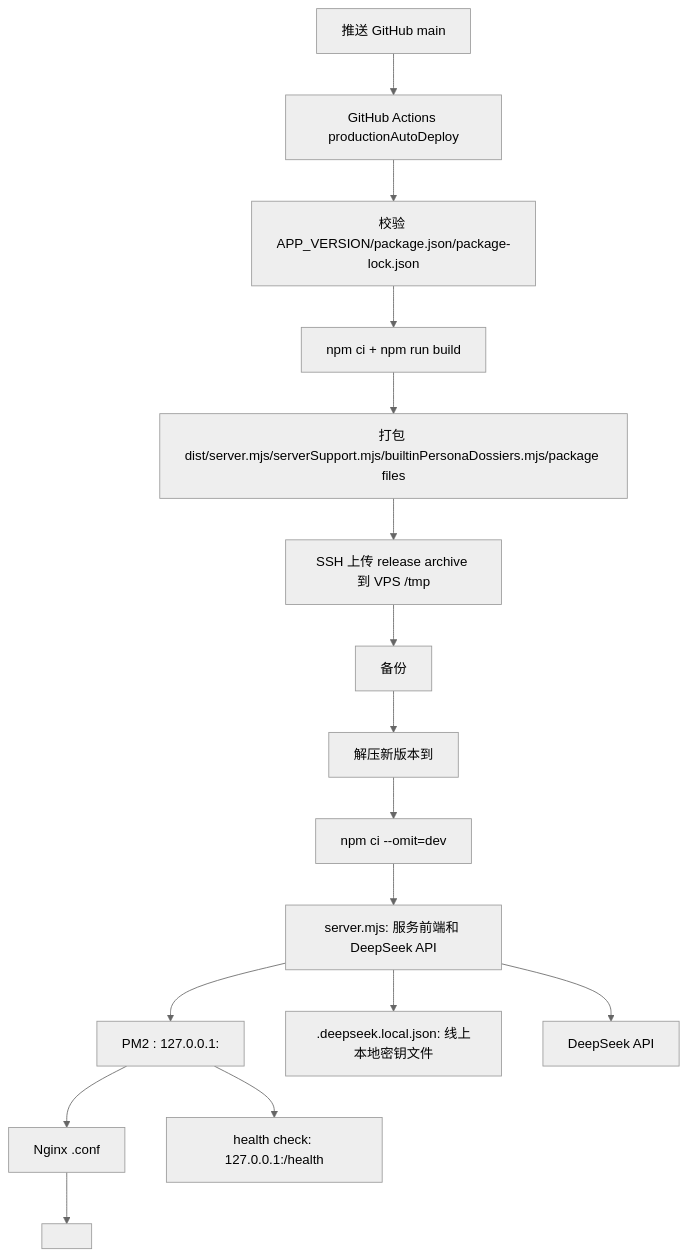
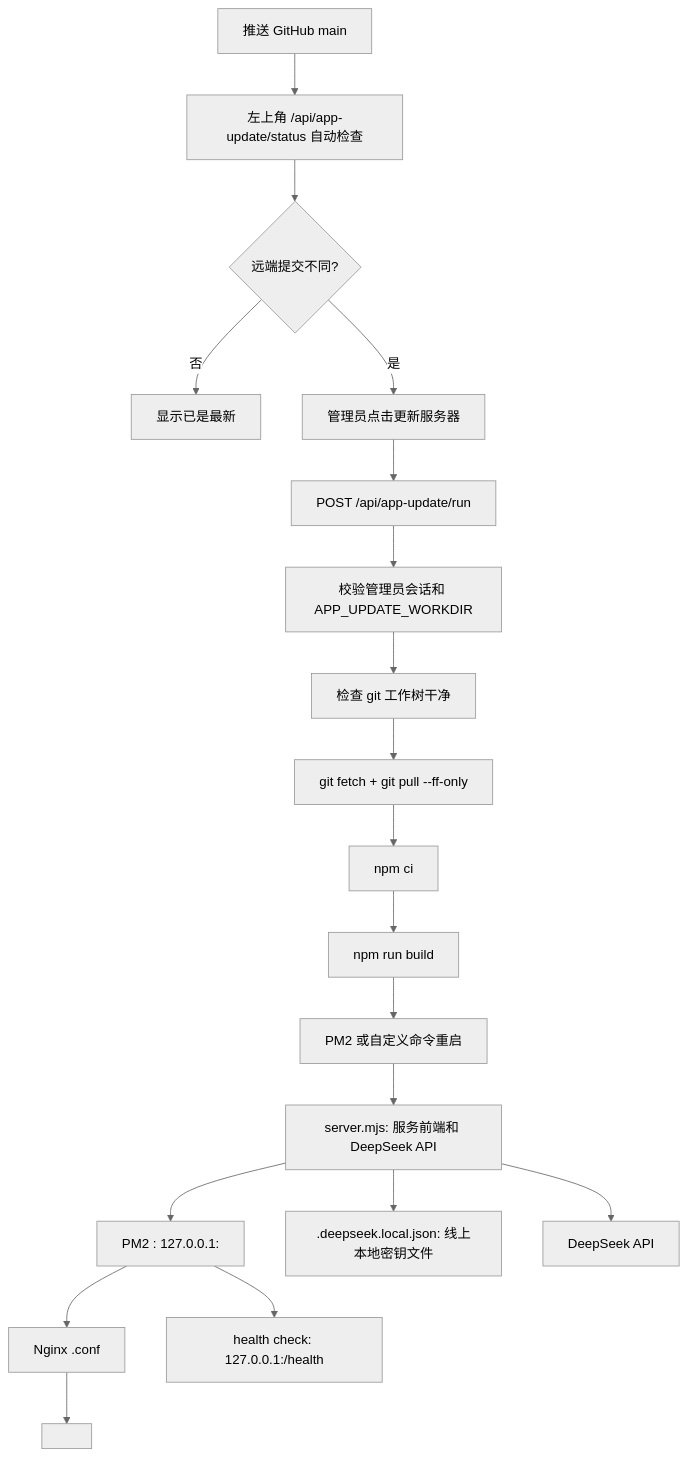
Before and after one commit to ttmanthatman/virtual-human-flow: the third of 30 diagrams in docs/SYSTEM_FLOW.md, drawn with Mermaid (neutral theme). The commit also changed other lines of this file and 13 other files, not shown here.

Commit message:
Add admin-triggered VPS updater

````diff
--- a/docs/SYSTEM_FLOW.md
+++ b/docs/SYSTEM_FLOW.md
@@ -78,18 +79,21 @@
 ```mermaid
 flowchart TD
-    G[推送 GitHub main] --> GA[GitHub Actions productionAutoDeploy]
-    GA --> VERSION[校验 APP_VERSION/package.json/package-lock.json]
-    VERSION --> BUILD[npm ci + npm run build]
-    BUILD --> PKG[打包 dist/server.mjs/serverSupport.mjs/builtinPersonaDossiers.mjs/package files]
-    PKG --> UPLOAD[SSH 上传 release archive 到 VPS /tmp]
-    UPLOAD --> BACKUP[备份 <production-app-dir>]
-    BACKUP --> EXTRACT[解压新版本到 <production-app-dir>]
-    EXTRACT --> INSTALL[npm ci --omit=dev]
-    INSTALL --> SRV[server.mjs: 服务前端和 DeepSeek API]
+    G[推送 GitHub main] --> CHECK[左上角 /api/app-update/status 自动检查]
+    CHECK --> NEW{远端提交不同?}
+    NEW -- 否 --> IDLE[显示已是最新]
+    NEW -- 是 --> ADMIN[管理员点击更新服务器]
+    ADMIN --> API[POST /api/app-update/run]
+    API --> VERIFY[校验管理员会话和 APP_UPDATE_WORKDIR]
+    VERIFY --> CLEAN[检查 git 工作树干净]
+    CLEAN --> PULL[git fetch + git pull --ff-only]
+    PULL --> INSTALL[npm ci]
+    INSTALL --> BUILD[npm run build]
+    BUILD --> RESTART[PM2 或自定义命令重启]
+    RESTART --> SRV[server.mjs: 服务前端和 DeepSeek API]
     SRV --> PM2[PM2 <production-pm2-name>: 127.0.0.1:<production-port>]
     PM2 --> NGINX[Nginx <production-domain>.conf]
     NGINX --> SITE[<production-url>]
     SRV --> KEY[.deepseek.local.json: 线上本地密钥文件]
     SRV --> DS[DeepSeek API]
     PM2 --> HEALTH[health check: 127.0.0.1:<production-port>/health]
 ```
````
